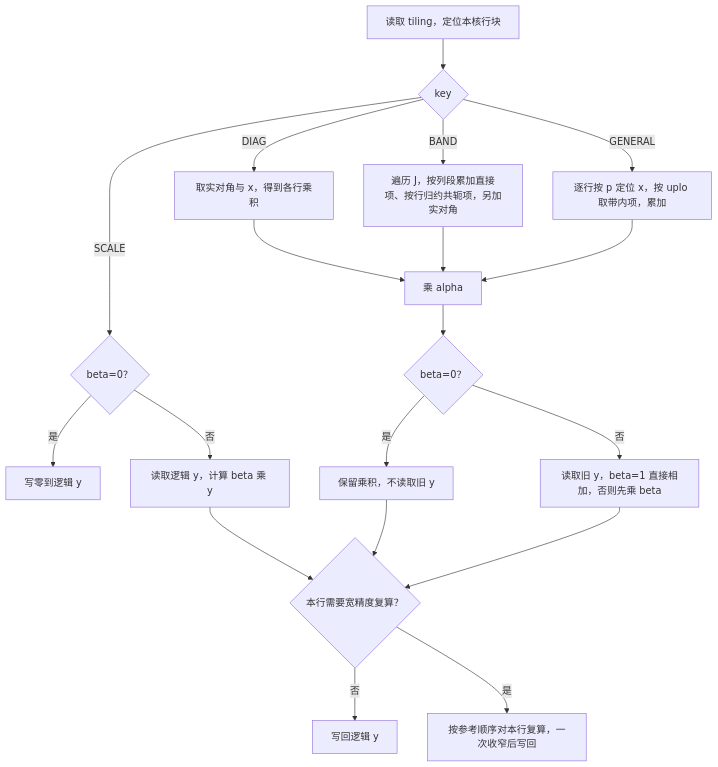
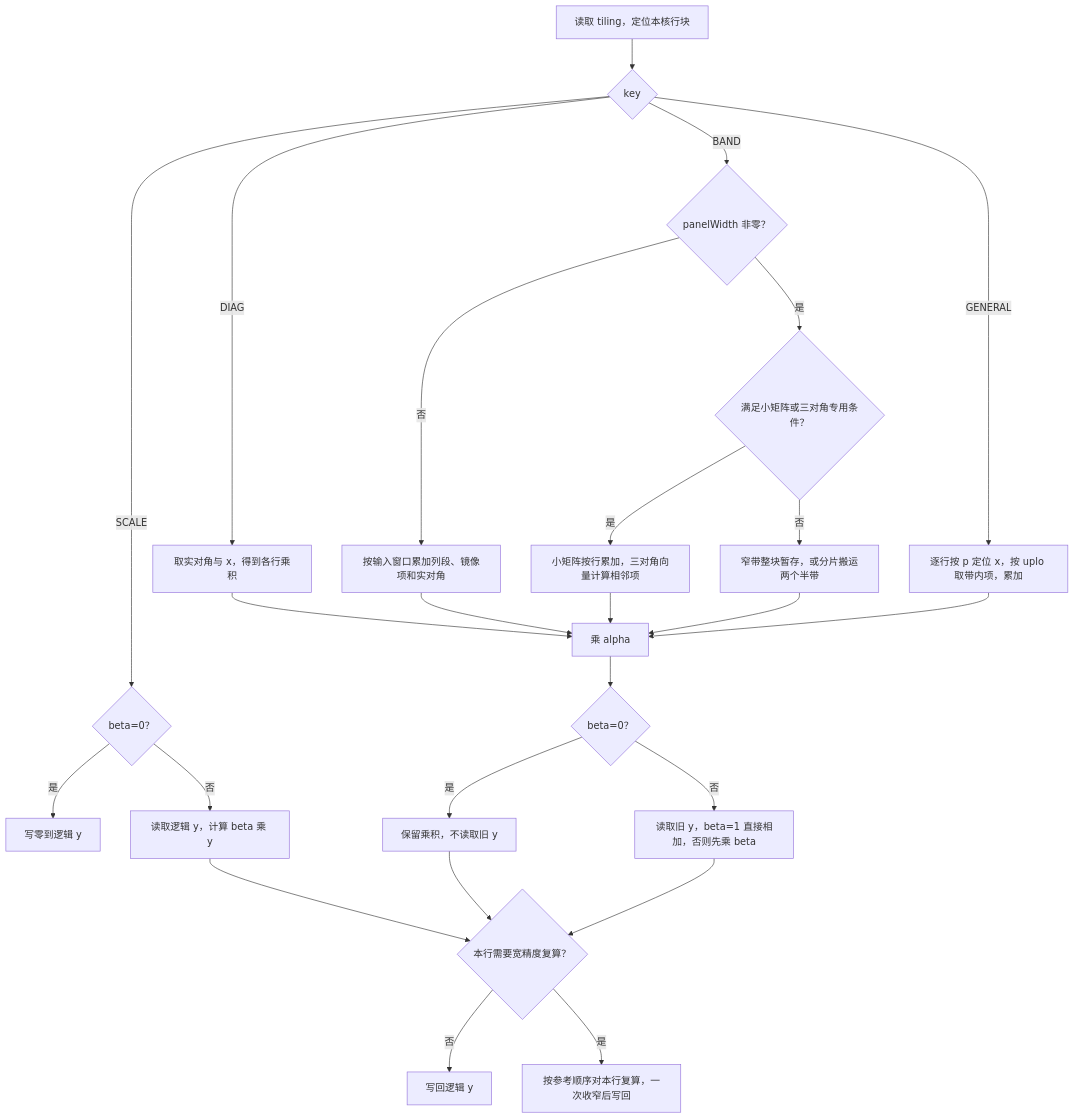
Before and after one commit to Atlas-Ascend-Fork/cann-ops-competitions: the third of 3 diagrams in 04_tasks/01_community-task-2026/tasklist/11月社区任务-aclblasChbmv算子开发（A2A3）/zhangqingting/docs/design.md, drawn with Mermaid. The commit also changed other lines of this file, not shown here.

````diff
--- a/04_tasks/01_community-task-2026/tasklist/11月社区任务-aclblasChbmv算子开发（A2A3）/zhangqingting/docs/design.md
+++ b/04_tasks/01_community-task-2026/tasklist/11月社区任务-aclblasChbmv算子开发（A2A3）/zhangqingting/docs/design.md
@@ -187,21 +195,27 @@
 ```mermaid
 flowchart TD
     A["读取 tiling，定位本核行块"] --> B{"key"}
     B -->|SCALE| C{"beta=0？"}
     C -->|是| Z["写零到逻辑 y"]
     C -->|否| S["读取逻辑 y，计算 beta 乘 y"]
     B -->|DIAG| D["取实对角与 x，得到各行乘积"]
-    B -->|BAND| E["遍历 J，按列段累加直接项、按行归约共轭项，另加实对角"]
+    B -->|BAND| P{"panelWidth 非零？"}
+    P -->|否| E["按输入窗口累加列段、镜像项和实对角"]
+    P -->|是| J{"满足小矩阵或三对角专用条件？"}
+    J -->|是| L["小矩阵按行累加，三对角向量计算相邻项"]
+    J -->|否| M["窄带整块暂存，或分片搬运两个半带"]
+    L --> G
+    M --> G
     B -->|GENERAL| F["逐行按 p 定位 x，按 uplo 取带内项，累加"]
     D --> G["乘 alpha"]
     E --> G
     F --> G
     G --> H{"beta=0？"}
     H -->|是| Y["保留乘积，不读取旧 y"]
     H -->|否| K["读取旧 y，beta=1 直接相加，否则先乘 beta"]
     S --> N{"本行需要宽精度复算？"}
     Y --> N
     K --> N
     N -->|否| W["写回逻辑 y"]
     N -->|是| U["按参考顺序对本行复算，一次收窄后写回"]
 ```
````
